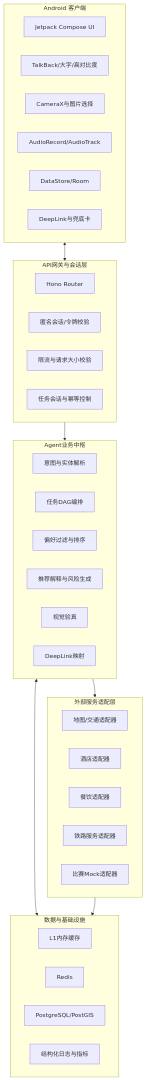
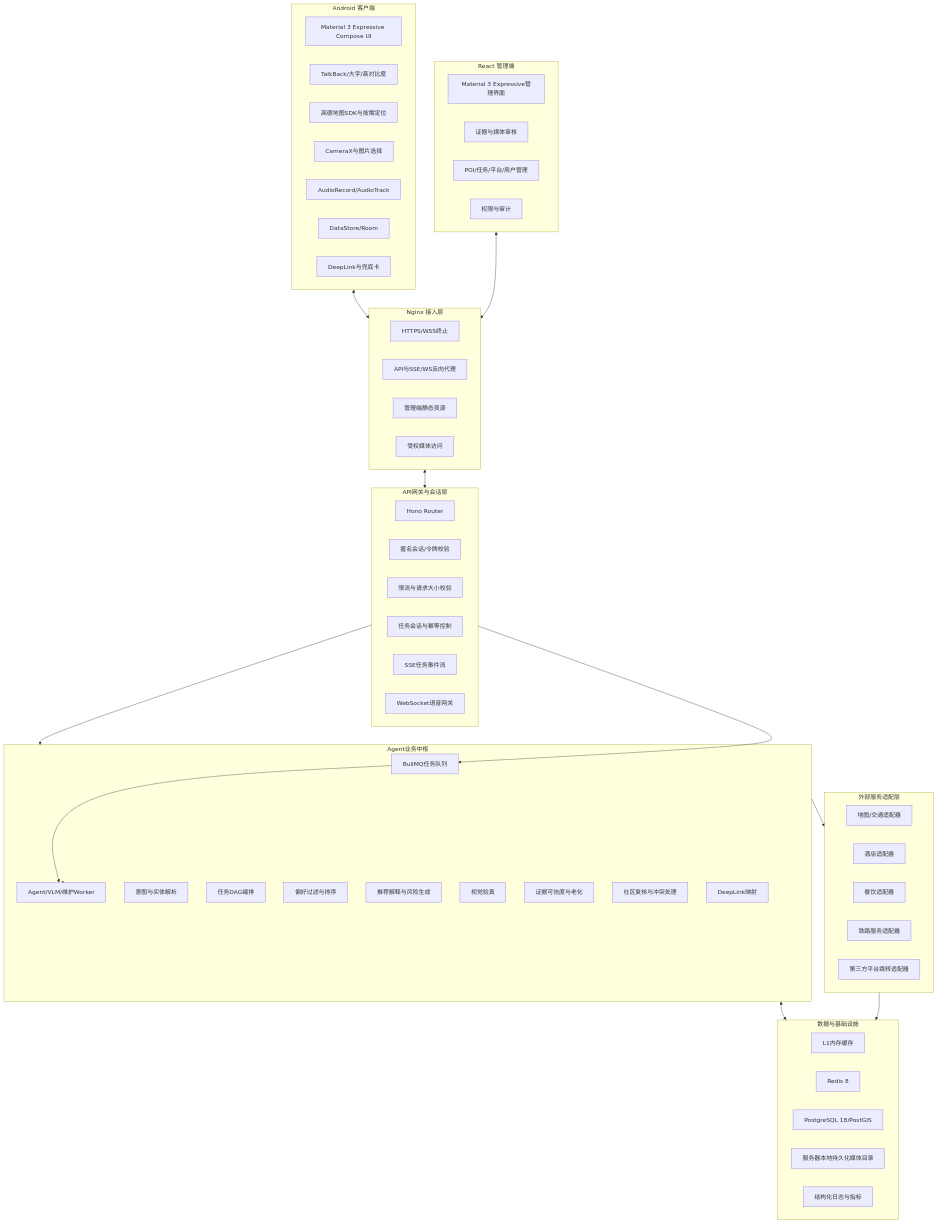
One commit to SakuraCianna/EazyPath changed the fifth of 8 diagrams in 跨平台无障碍出行链自动化Agent中枢需求文档.md. Above: the diagram before and after it, drawn with Mermaid. The commit also changed other lines of this file and 107 other files, not shown here.

````diff
--- a/跨平台无障碍出行链自动化Agent中枢需求文档.md
+++ b/跨平台无障碍出行链自动化Agent中枢需求文档.md
@@ -309,48 +380,75 @@
 ```mermaid
 flowchart TD
     subgraph Client[Android 客户端]
-        Compose[Jetpack Compose UI]
+        Compose[Material 3 Expressive Compose UI]
         Accessibility[TalkBack/大字/高对比度]
+        MapClient[高德地图SDK与按需定位]
         Camera[CameraX与图片选择]
         Audio[AudioRecord/AudioTrack]
         LocalStore[DataStore/Room]
         DeepLinkClient[DeepLink与兜底卡]
+    end
+
+    subgraph Admin[React 管理端]
+        AdminUI[Material 3 Expressive管理界面]
+        Review[证据与媒体审核]
+        Operations[POI/任务/平台/用户管理]
+        AuditUI[权限与审计]
+    end
+
+    subgraph Edge[Nginx 接入层]
+        TLS[HTTPS/WSS终止]
+        ReverseProxy[API与SSE/WS反向代理]
+        AdminStatic[管理端静态资源]
+        MediaProxy[受权媒体访问]
     end
 
     subgraph Gateway[API网关与会话层]
         Hono[Hono Router]
         Auth[匿名会话/令牌校验]
         RateLimit[限流与请求大小校验]
         Session[任务会话与幂等控制]
+        SSE[SSE任务事件流]
+        VoiceWS[WebSocket语音网关]
     end
 
     subgraph Agent[Agent业务中枢]
+        Queue[BullMQ任务队列]
+        Worker[Agent/VLM/维护Worker]
         Intent[意图与实体解析]
         Planner[任务DAG编排]
         Matcher[偏好过滤与排序]
         Explain[推荐解释与风险生成]
         VLM[视觉验真]
+        Evidence[证据可信度与老化]
+        Community[社区复核与冲突处理]
         LinkMapper[DeepLink映射]
     end
 
     subgraph Adapters[外部服务适配层]
         MapAdapter[地图/交通适配器]
         HotelAdapter[酒店适配器]
         DiningAdapter[餐饮适配器]
         RailAdapter[铁路服务适配器]
-        MockAdapter[比赛Mock适配器]
+        LinkAdapter[第三方平台跳转适配器]
     end
 
     subgraph Infra[数据与基础设施]
         L1[L1内存缓存]
-        Redis[Redis]
-        DB[PostgreSQL/PostGIS]
+        Redis[Redis 8]
+        DB[PostgreSQL 18/PostGIS]
+        Media[服务器本地持久化媒体目录]
         Log[结构化日志与指标]
     end
 
-    Client <--> Gateway
+    Client <--> Edge
+    Admin <--> Edge
+    Edge <--> Gateway
     Gateway --> Agent
+    Gateway --> Queue
+    Queue --> Worker
+    Worker --> Agent
     Agent --> Adapters
     Agent <--> Infra
     Adapters --> Infra
 ```
````
